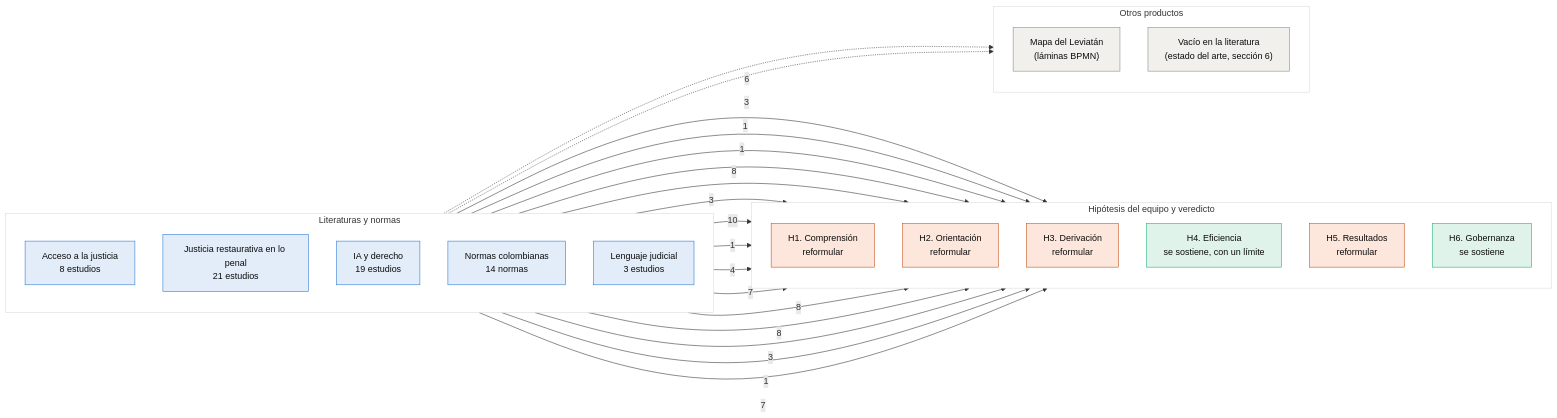
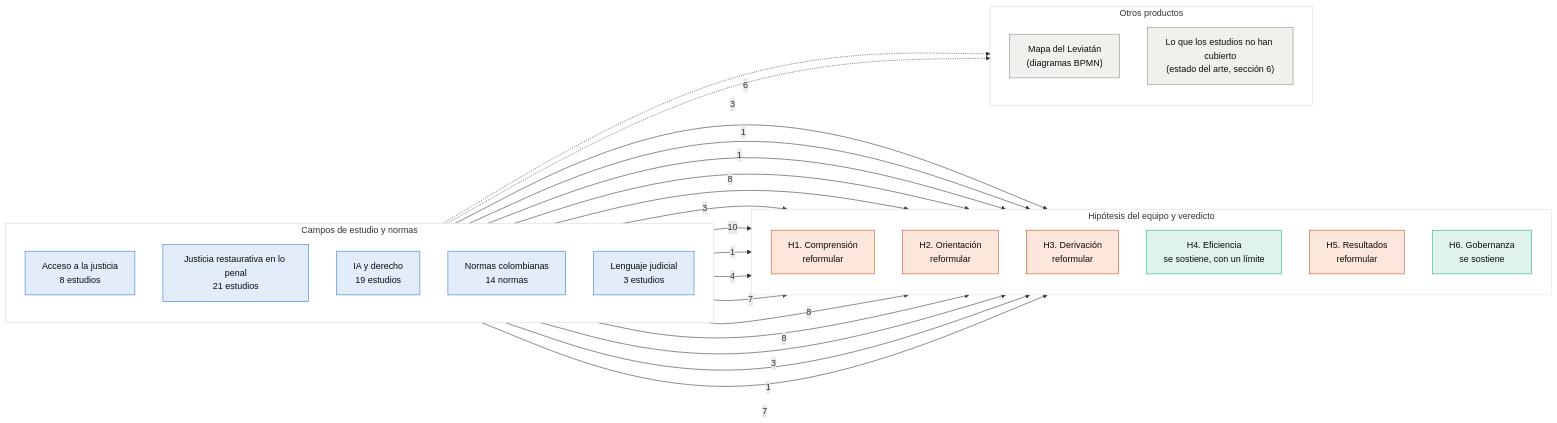
Before and after one commit to fsotosa-ops/justicia-restaurativa: the diagram in evidencia/README.md, drawn with Mermaid. The commit also changed other lines of this file and 7 other files, not shown here.

First line of the commit message:
Los documentos usaban jerga de bibliometría y de las normas sin explicarla

````diff
--- a/evidencia/README.md
+++ b/evidencia/README.md
@@ -11,53 +11,53 @@
 ```mermaid
 flowchart LR
-  subgraph LIT["Literaturas y normas"]
+  subgraph LIT["Campos de estudio y normas"]
     direction TB
     AJ["Acceso a la justicia<br/>8 estudios"]
     JR["Justicia restaurativa en lo penal<br/>21 estudios"]
     IA["IA y derecho<br/>19 estudios"]
     NC["Normas colombianas<br/>14 normas"]
     LJ["Lenguaje judicial<br/>3 estudios"]
   end
   subgraph HIP["Hipótesis del equipo y veredicto"]
     direction TB
     H1["H1. Comprensión<br/>reformular"]
     H2["H2. Orientación<br/>reformular"]
     H3["H3. Derivación<br/>reformular"]
     H4["H4. Eficiencia<br/>se sostiene, con un límite"]
     H5["H5. Resultados<br/>reformular"]
     H6["H6. Gobernanza<br/>se sostiene"]
   end
   subgraph PRO["Otros productos"]
     direction TB
-    LEV["Mapa del Leviatán<br/>(láminas BPMN)"]
-    VAC["Vacío en la literatura<br/>(estado del arte, sección 6)"]
+    LEV["Mapa del Leviatán<br/>(diagramas BPMN)"]
+    VAC["Lo que los estudios no han cubierto<br/>(estado del arte, sección 6)"]
   end
   AJ -- 6 --> H1
   AJ -- 3 --> H2
   AJ -- 1 --> H3
   JR -- 1 --> H1
   JR -- 8 --> H3
   JR -- 3 --> H4
   JR -- 10 --> H5
   IA -- 1 --> H1
   IA -- 4 --> H2
   IA -- 7 --> H3
   IA -- 8 --> H6
   NC -- 8 --> H3
   NC -- 3 --> H4
   NC -- 1 --> H5
   NC -- 7 --> H6
   NC -.-> LEV
   LJ -.-> VAC
   classDef lit fill:#e3edf9,stroke:#2a78d6,color:#0b0b0b
   classDef ref fill:#fde6dc,stroke:#c4501c,color:#0b0b0b
   classDef sost fill:#dff3ea,stroke:#1baf7a,color:#0b0b0b
   classDef prod fill:#f1f0ec,stroke:#8a8984,color:#0b0b0b
   class AJ,JR,IA,LJ,NC lit
   class H1,H2,H3,H5 ref
   class H4,H6 sost
   class LEV,VAC prod
   style LIT fill:#ffffff,stroke:#dcdad4
   style HIP fill:#ffffff,stroke:#dcdad4
   style PRO fill:#ffffff,stroke:#dcdad4
 ```
````
